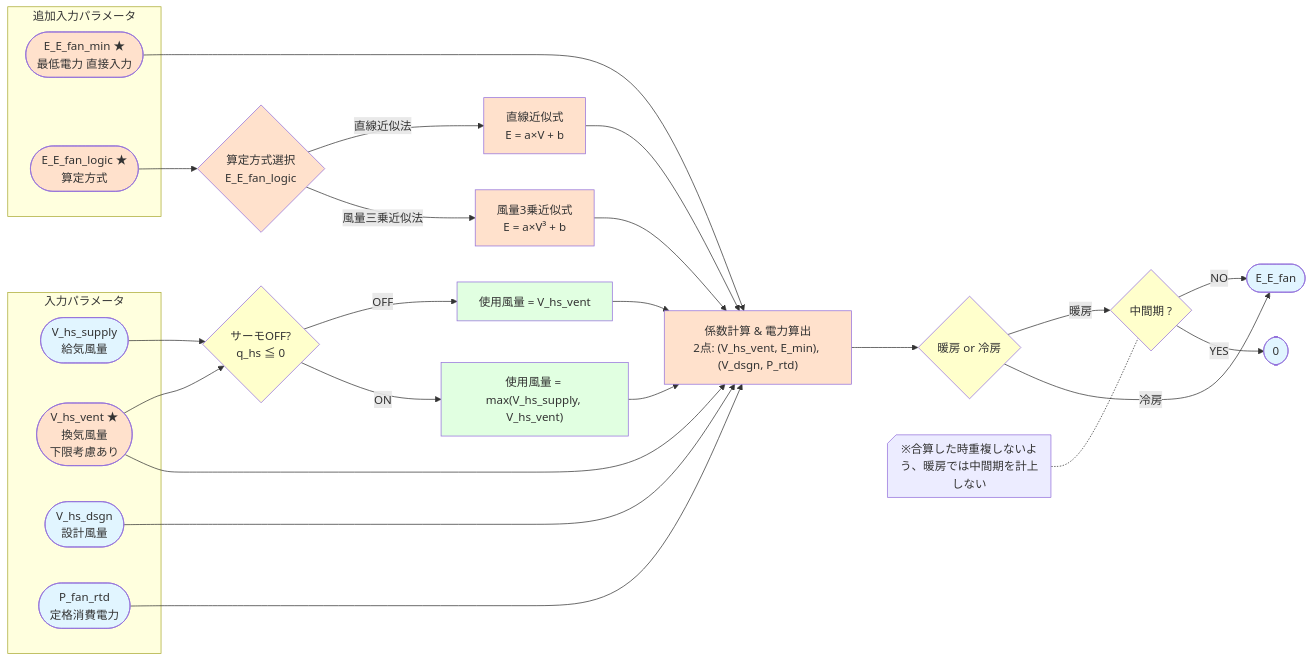
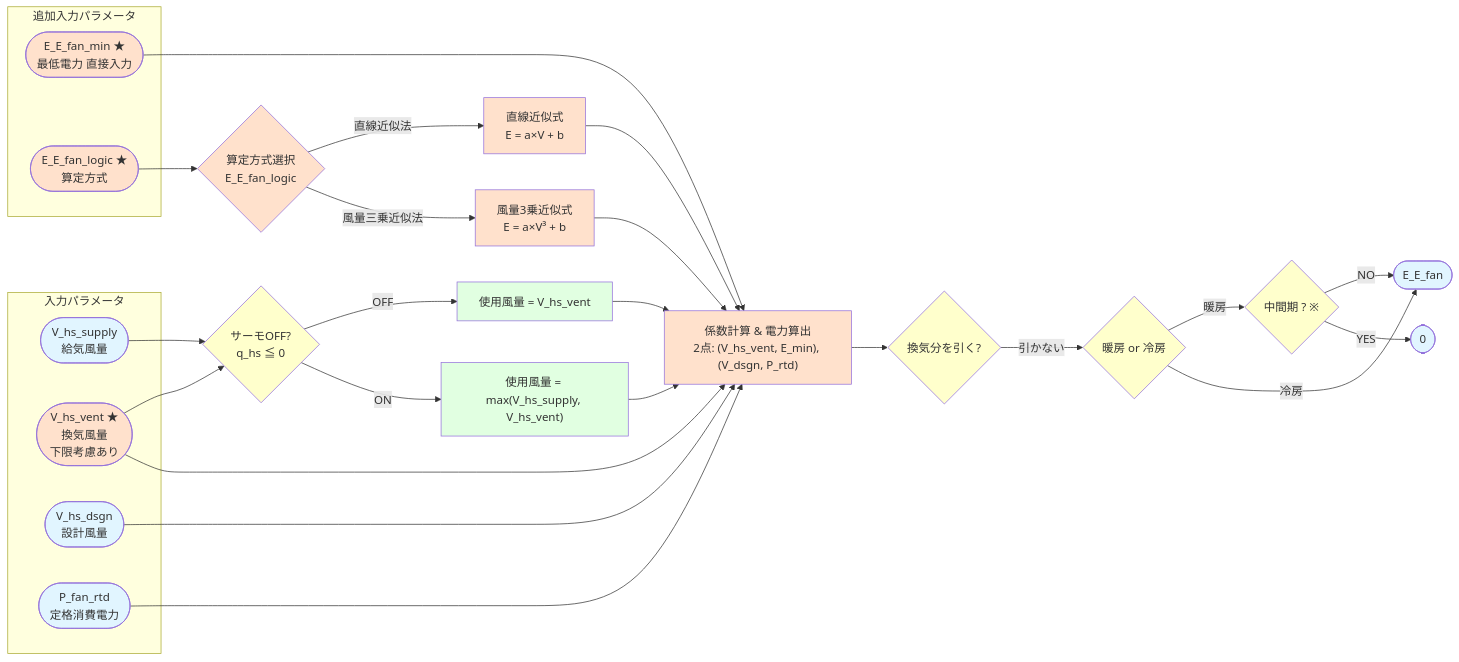
The eighth of 8 diagrams in docs/最低風量_最低電力_直接入力.md (iguchi-lab/Verification-Platform-Next), drawn with Mermaid before and after one commit. The commit also changed other lines of this file and 1 other file, not shown here.

````diff
--- a/docs/最低風量_最低電力_直接入力.md
+++ b/docs/最低風量_最低電力_直接入力.md
@@ -310,55 +313,56 @@
 ```mermaid
 flowchart LR
 
 subgraph 入力パラメータ
     V([V_hs_supply<br/>給気風量])
     V_vent([V_hs_vent ★<br/>換気風量<br/>下限考慮あり])
     V_dsgn([V_hs_dsgn<br/>設計風量])
     P([P_fan_rtd<br/>定格消費電力])
 end
 
 subgraph 追加入力パラメータ
     E_min([E_E_fan_min ★<br/>最低電力 直接入力])
     Logic([E_E_fan_logic ★<br/>算定方式])
 end
 
 V & V_vent --> FlowDecision{サーモOFF?<br/>q_hs ≦ 0}
 
 FlowDecision -->|OFF| UseMin["使用風量 = V_hs_vent"]
 FlowDecision -->|ON| UseActual["使用風量 = max(V_hs_supply, V_hs_vent)"]
 
 Logic --> FormulaSelect{算定方式選択<br/>E_E_fan_logic}
 
 FormulaSelect -->|直線近似法| LinearFormula["直線近似式<br/>E = a×V + b"]
 FormulaSelect -->|風量三乗近似法| CubicFormula["風量3乗近似式<br/>E = a×V³ + b"]
 
 LinearFormula & CubicFormula --> PowerCalc["係数計算 & 電力算出<br/>2点: (V_hs_vent, E_min), (V_dsgn, P_rtd)"]
 
 UseMin & UseActual & V_vent & E_min & P & V_dsgn --> PowerCalc
 
-PowerCalc --> Check2{暖房 or 冷房}
-Check2 -->|暖房| Check3{中間期 ?}
+PowerCalc --> SVPCheck{換気分を引く?}
+SVPCheck -->|引かない| Check2{暖房 or 冷房}
+Check2 -->|暖房| Check3{中間期 ? ※}
 Check2 -->|冷房| Result([E_E_fan])
 
-Note@{ shape: notch-rect, label: "※合算した時重複しないよう、暖房では中間期を計上しない" } -.- Check3
 Check3 -->|NO| Result
 Check3 -->|YES| Zero([0])
 
 style V fill:#e1f5ff
 style V_vent fill:#ffe1cc
 style V_dsgn fill:#e1f5ff
 style P fill:#e1f5ff
 style E_min fill:#ffe1cc
 style Logic fill:#ffe1cc
 style FlowDecision fill:#ffffcc
 style UseMin fill:#e1ffe1
 style UseActual fill:#e1ffe1
 style FormulaSelect fill:#ffe1cc
 style LinearFormula fill:#ffe1cc
 style CubicFormula fill:#ffe1cc
 style PowerCalc fill:#ffe1cc
+style SVPCheck fill:#ffffcc
 style Check2 fill:#ffffcc
 style Check3 fill:#ffffcc
 style Result fill:#e1f5ff
 style Zero fill:#e1f5ff
 ```
````
